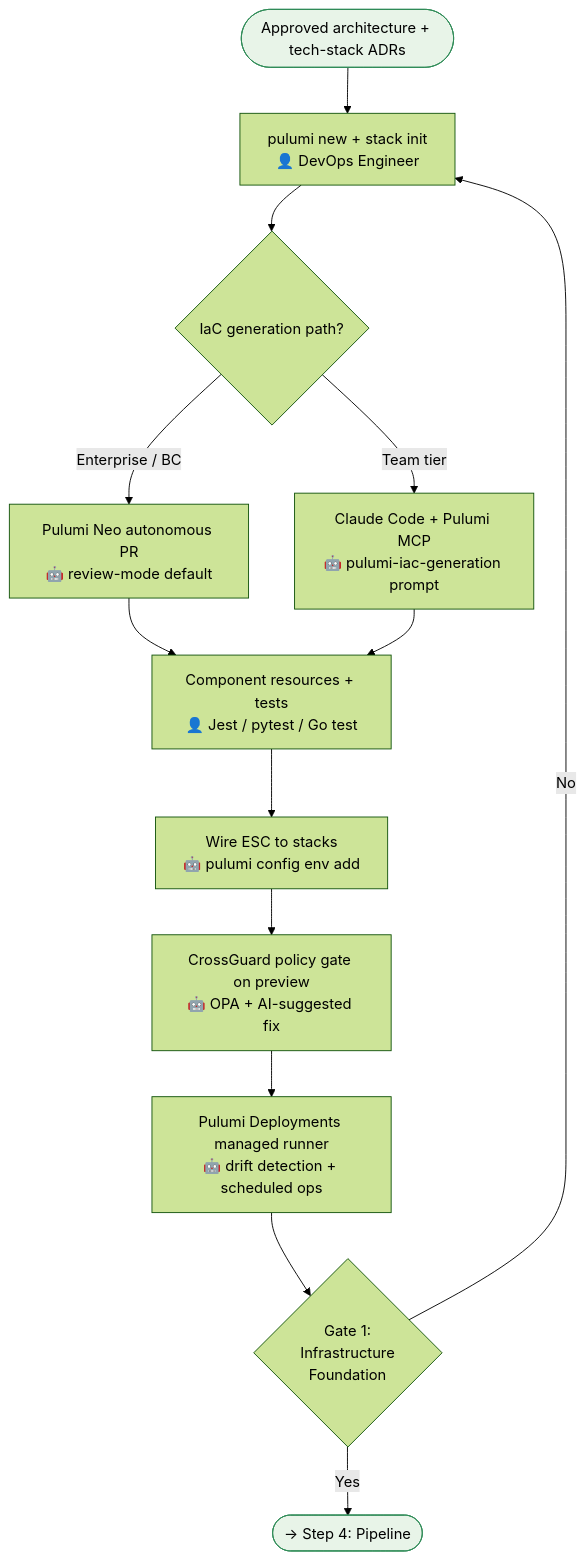
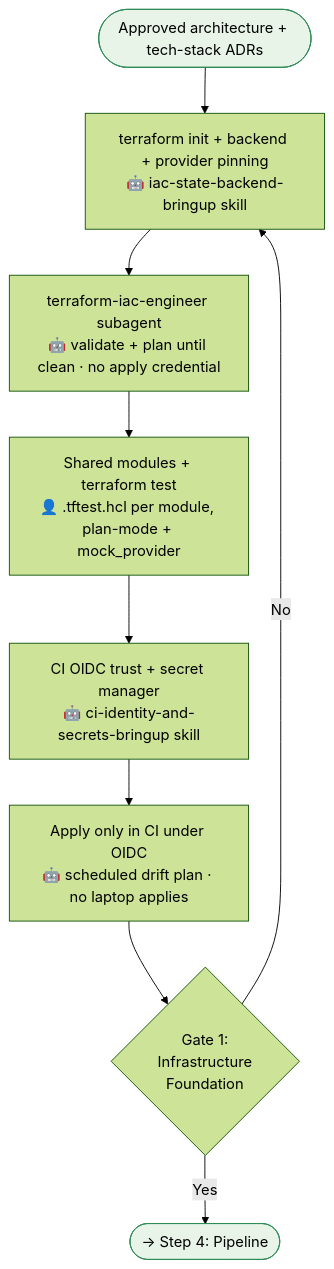
The fifth of 9 diagrams in aidlc-phases/06-cicd-devops/FLOWCHART.md (kalpat-allion/ai-dlc), drawn with Mermaid (forest theme) before and after one commit. The commit also changed other lines of this file and 39 other files, not shown here.

````diff
--- a/aidlc-phases/06-cicd-devops/FLOWCHART.md
+++ b/aidlc-phases/06-cicd-devops/FLOWCHART.md
@@ -132,20 +126,15 @@
 ```mermaid
 flowchart TD
     S3_IN([Approved architecture + tech-stack ADRs]) --> IAC
-    IAC[pulumi new + stack init<br/>👤 DevOps Engineer] --> GEN_PATH
-    GEN_PATH{IaC generation path?}
-    GEN_PATH -- Enterprise / BC --> NEO[Pulumi Neo autonomous PR<br/>🤖 review-mode default]
-    GEN_PATH -- Team tier --> CLAUDE_PULUMI[Claude Code + Pulumi MCP<br/>🤖 pulumi-iac-generation prompt]
-    NEO --> MODULES
-    CLAUDE_PULUMI --> MODULES
-    MODULES[Component resources + tests<br/>👤 Jest / pytest / Go test] --> ESC_LINK
-    ESC_LINK[Wire ESC to stacks<br/>🤖 pulumi config env add] --> CROSSGUARD
-    CROSSGUARD[CrossGuard policy gate on preview<br/>🤖 OPA + AI-suggested fix] --> DEPLOYMENTS
-    DEPLOYMENTS[Pulumi Deployments managed runner<br/>🤖 drift detection + scheduled ops] --> GATE1
+    IAC[terraform init + backend + provider pinning<br/>🤖 iac-state-backend-bringup skill] --> IAC_AGENT
+    IAC_AGENT[terraform-iac-engineer subagent<br/>🤖 validate + plan until clean · no apply credential] --> MODULES
+    MODULES[Shared modules + terraform test<br/>👤 .tftest.hcl per module, plan-mode + mock_provider] --> BACKEND
+    BACKEND[CI OIDC trust + secret manager<br/>🤖 ci-identity-and-secrets-bringup skill] --> APPLY_CI
+    APPLY_CI[Apply only in CI under OIDC<br/>🤖 scheduled drift plan · no laptop applies] --> GATE1
     GATE1{Gate 1:<br/>Infrastructure<br/>Foundation}
     GATE1 -- No --> IAC
     GATE1 -- Yes --> S3_OUT([→ Step 4: Pipeline])
 
     style S3_IN fill:#e8f4e8,stroke:#2E8B57
     style S3_OUT fill:#e8f4e8,stroke:#2E8B57
 ```
````
